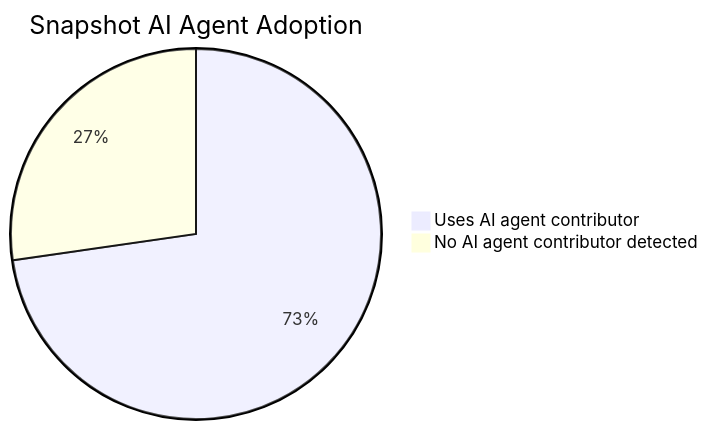
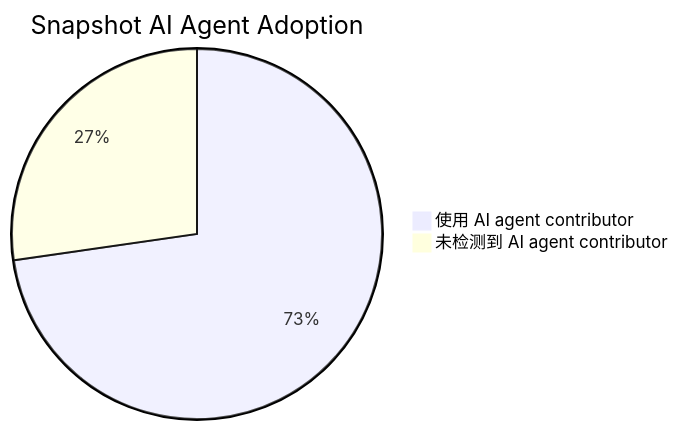
One commit to lurui1997/GeekTrend changed the second of 2 diagrams in README.md. Above: the diagram before and after it, drawn with Mermaid. The commit also changed other lines of this file and 1 other file, not shown here.

````diff
--- a/README.md
+++ b/README.md
@@ -51,5 +48,5 @@
 ```mermaid
 pie title Snapshot AI Agent Adoption
-    "Uses AI agent contributor" : 8
-    "No AI agent contributor detected" : 3
+    "使用 AI agent contributor" : 8
+    "未检测到 AI agent contributor" : 3
 ```
````
